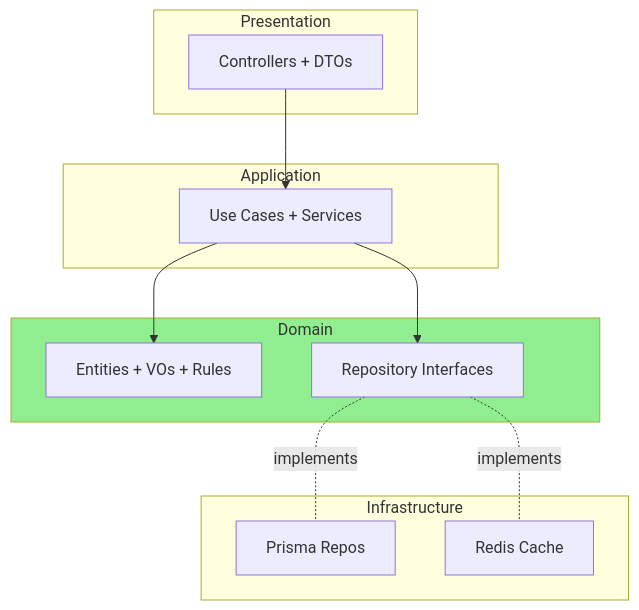
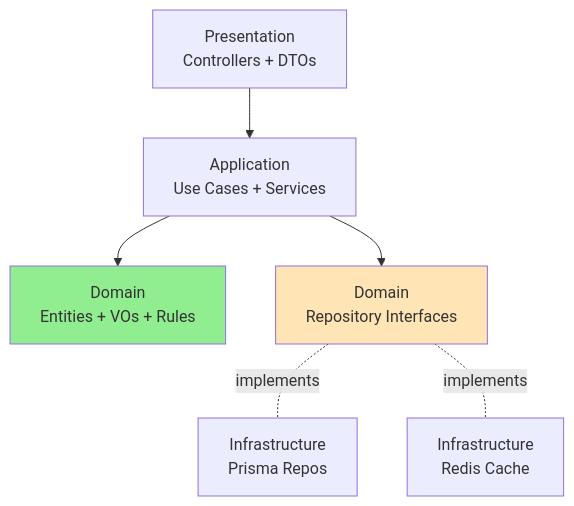
The diagram in ARCHITECTURE.md (Hagave/thera-api), drawn with Mermaid before and after one commit. The commit also changed other lines of this file and 1 other file, not shown here.

Commit message:
include readme

````diff
--- a/ARCHITECTURE.md
+++ b/ARCHITECTURE.md
@@ -11,28 +11,18 @@
 ```mermaid
 graph TB
-    subgraph "Presentation"
-        HTTP[Controllers + DTOs]
-    end
-
-    subgraph "Application"
-        UseCases[Use Cases + Services]
-    end
-
-    subgraph "Domain"
-        Entities[Entities + VOs + Rules]
-        IRepo[Repository Interfaces]
-    end
-
-    subgraph "Infrastructure"
-        Prisma[Prisma Repos]
-        Redis[Redis Cache]
-    end
+    HTTP[Presentation<br/>Controllers + DTOs]
+    UseCases[Application<br/>Use Cases + Services]
+    Domain[Domain<br/>Entities + VOs + Rules]
+    IRepo[Domain<br/>Repository Interfaces]
+    Prisma[Infrastructure<br/>Prisma Repos]
+    Redis[Infrastructure<br/>Redis Cache]
 
     HTTP --> UseCases
-    UseCases --> Entities
+    UseCases --> Domain
     UseCases --> IRepo
     IRepo -.implements.- Prisma
     IRepo -.implements.- Redis
 
     style Domain fill:#90EE90
+    style IRepo fill:#FFE4B5
 ```
````
